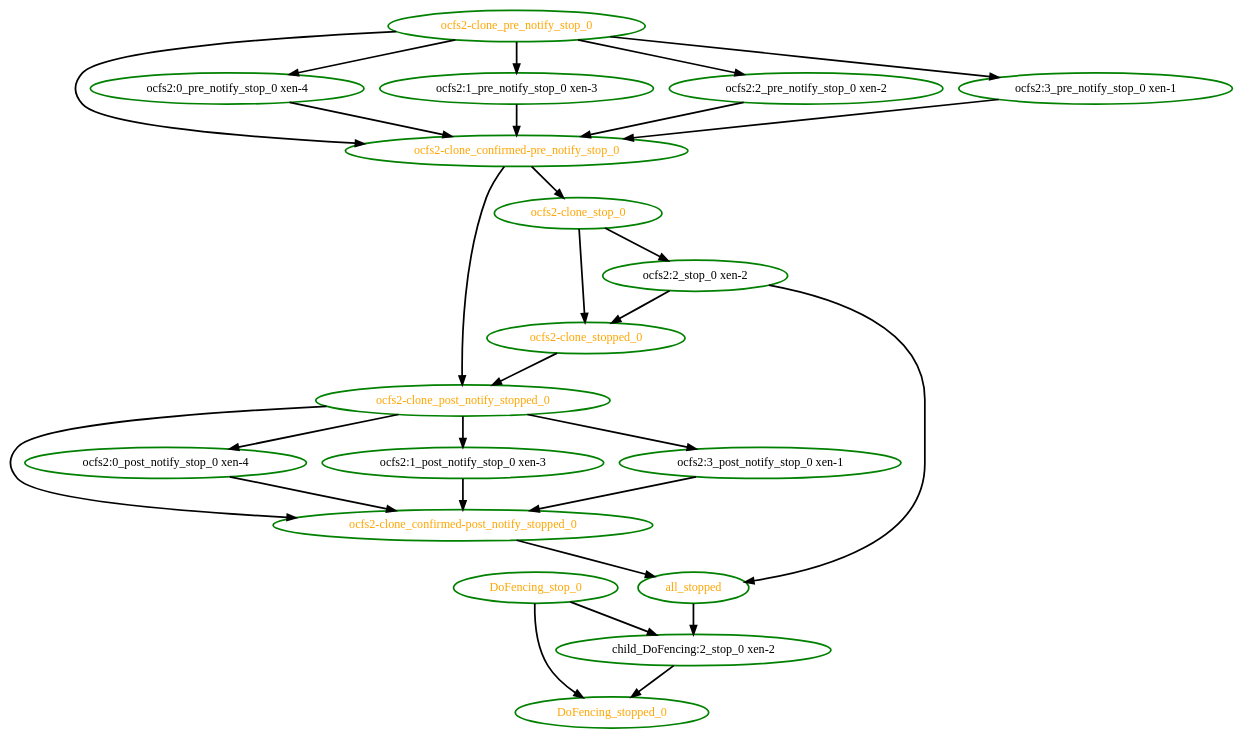
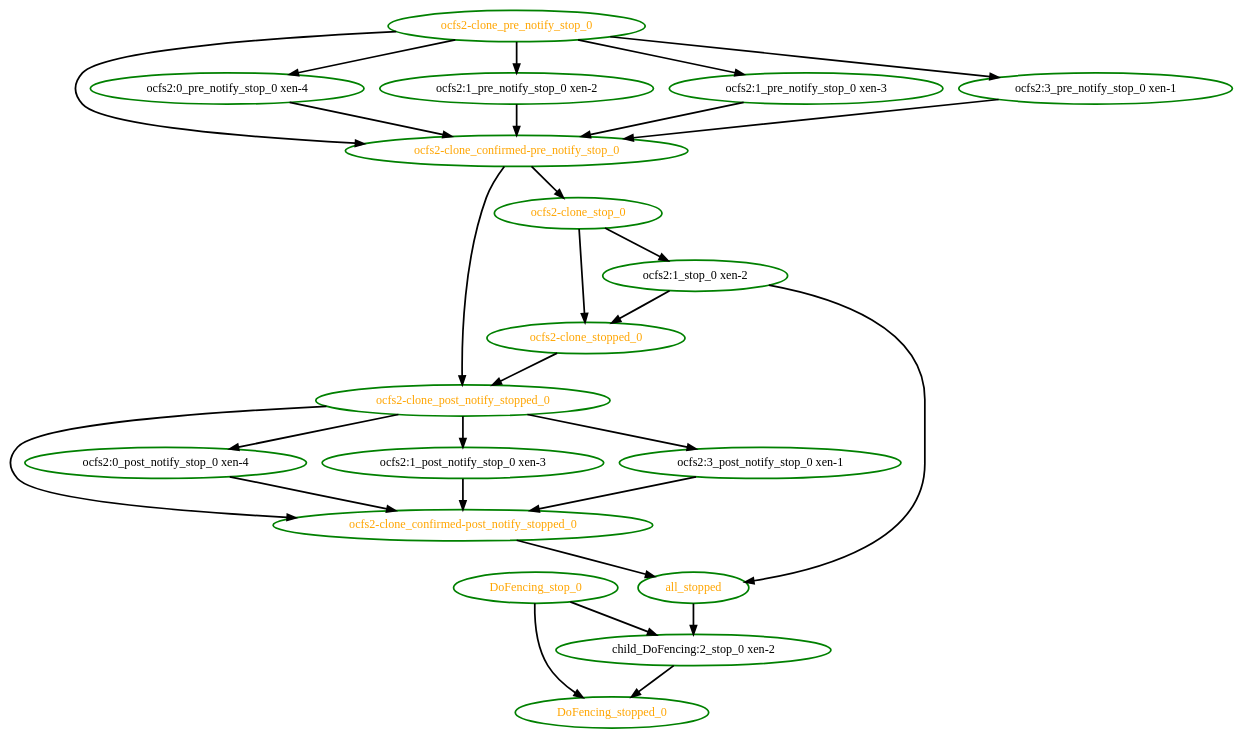
The diagram in pengine/test10/inc10.dot (ClusterLabs/pacemaker), drawn with Graphviz before and after one commit. The commit also changed 12 other files, not shown here.

First line of the commit message:
Low: PE: Create the dot graphs based on the resource names from the status section

```diff
--- a/pengine/test10/inc10.dot
+++ b/pengine/test10/inc10.dot
@@ -1,48 +1,48 @@
  digraph "g" {
 "DoFencing_stop_0" -> "DoFencing_stopped_0" [ style = bold]
 "DoFencing_stop_0" -> "child_DoFencing:2_stop_0 xen-2" [ style = bold]
 "DoFencing_stop_0" [ style=bold color="green" fontcolor="orange" ]
 "DoFencing_stopped_0" [ style=bold color="green" fontcolor="orange" ]
 "all_stopped" -> "child_DoFencing:2_stop_0 xen-2" [ style = bold]
 "all_stopped" [ style=bold color="green" fontcolor="orange" ]
 "child_DoFencing:2_stop_0 xen-2" -> "DoFencing_stopped_0" [ style = bold]
 "child_DoFencing:2_stop_0 xen-2" [ style=bold color="green" fontcolor="black" ]
 "ocfs2-clone_confirmed-post_notify_stopped_0" -> "all_stopped" [ style = bold]
 "ocfs2-clone_confirmed-post_notify_stopped_0" [ style=bold color="green" fontcolor="orange" ]
 "ocfs2-clone_confirmed-pre_notify_stop_0" -> "ocfs2-clone_post_notify_stopped_0" [ style = bold]
 "ocfs2-clone_confirmed-pre_notify_stop_0" -> "ocfs2-clone_stop_0" [ style = bold]
 "ocfs2-clone_confirmed-pre_notify_stop_0" [ style=bold color="green" fontcolor="orange" ]
 "ocfs2-clone_post_notify_stopped_0" -> "ocfs2-clone_confirmed-post_notify_stopped_0" [ style = bold]
 "ocfs2-clone_post_notify_stopped_0" -> "ocfs2:0_post_notify_stop_0 xen-4" [ style = bold]
 "ocfs2-clone_post_notify_stopped_0" -> "ocfs2:1_post_notify_stop_0 xen-3" [ style = bold]
 "ocfs2-clone_post_notify_stopped_0" -> "ocfs2:3_post_notify_stop_0 xen-1" [ style = bold]
 "ocfs2-clone_post_notify_stopped_0" [ style=bold color="green" fontcolor="orange" ]
 "ocfs2-clone_pre_notify_stop_0" -> "ocfs2-clone_confirmed-pre_notify_stop_0" [ style = bold]
 "ocfs2-clone_pre_notify_stop_0" -> "ocfs2:0_pre_notify_stop_0 xen-4" [ style = bold]
+"ocfs2-clone_pre_notify_stop_0" -> "ocfs2:1_pre_notify_stop_0 xen-2" [ style = bold]
 "ocfs2-clone_pre_notify_stop_0" -> "ocfs2:1_pre_notify_stop_0 xen-3" [ style = bold]
-"ocfs2-clone_pre_notify_stop_0" -> "ocfs2:2_pre_notify_stop_0 xen-2" [ style = bold]
 "ocfs2-clone_pre_notify_stop_0" -> "ocfs2:3_pre_notify_stop_0 xen-1" [ style = bold]
 "ocfs2-clone_pre_notify_stop_0" [ style=bold color="green" fontcolor="orange" ]
 "ocfs2-clone_stop_0" -> "ocfs2-clone_stopped_0" [ style = bold]
-"ocfs2-clone_stop_0" -> "ocfs2:2_stop_0 xen-2" [ style = bold]
+"ocfs2-clone_stop_0" -> "ocfs2:1_stop_0 xen-2" [ style = bold]
 "ocfs2-clone_stop_0" [ style=bold color="green" fontcolor="orange" ]
 "ocfs2-clone_stopped_0" -> "ocfs2-clone_post_notify_stopped_0" [ style = bold]
 "ocfs2-clone_stopped_0" [ style=bold color="green" fontcolor="orange" ]
 "ocfs2:0_post_notify_stop_0 xen-4" -> "ocfs2-clone_confirmed-post_notify_stopped_0" [ style = bold]
 "ocfs2:0_post_notify_stop_0 xen-4" [ style=bold color="green" fontcolor="black" ]
 "ocfs2:0_pre_notify_stop_0 xen-4" -> "ocfs2-clone_confirmed-pre_notify_stop_0" [ style = bold]
 "ocfs2:0_pre_notify_stop_0 xen-4" [ style=bold color="green" fontcolor="black" ]
 "ocfs2:1_post_notify_stop_0 xen-3" -> "ocfs2-clone_confirmed-post_notify_stopped_0" [ style = bold]
 "ocfs2:1_post_notify_stop_0 xen-3" [ style=bold color="green" fontcolor="black" ]
+"ocfs2:1_pre_notify_stop_0 xen-2" -> "ocfs2-clone_confirmed-pre_notify_stop_0" [ style = bold]
+"ocfs2:1_pre_notify_stop_0 xen-2" [ style=bold color="green" fontcolor="black"]
 "ocfs2:1_pre_notify_stop_0 xen-3" -> "ocfs2-clone_confirmed-pre_notify_stop_0" [ style = bold]
 "ocfs2:1_pre_notify_stop_0 xen-3" [ style=bold color="green" fontcolor="black" ]
-"ocfs2:2_pre_notify_stop_0 xen-2" -> "ocfs2-clone_confirmed-pre_notify_stop_0" [ style = bold]
-"ocfs2:2_pre_notify_stop_0 xen-2" [ style=bold color="green" fontcolor="black" ]
-"ocfs2:2_stop_0 xen-2" -> "all_stopped" [ style = bold]
-"ocfs2:2_stop_0 xen-2" -> "ocfs2-clone_stopped_0" [ style = bold]
-"ocfs2:2_stop_0 xen-2" [ style=bold color="green" fontcolor="black" ]
+"ocfs2:1_stop_0 xen-2" -> "all_stopped" [ style = bold]
+"ocfs2:1_stop_0 xen-2" -> "ocfs2-clone_stopped_0" [ style = bold]
+"ocfs2:1_stop_0 xen-2" [ style=bold color="green" fontcolor="black"]
 "ocfs2:3_post_notify_stop_0 xen-1" -> "ocfs2-clone_confirmed-post_notify_stopped_0" [ style = bold]
 "ocfs2:3_post_notify_stop_0 xen-1" [ style=bold color="green" fontcolor="black" ]
 "ocfs2:3_pre_notify_stop_0 xen-1" -> "ocfs2-clone_confirmed-pre_notify_stop_0" [ style = bold]
 "ocfs2:3_pre_notify_stop_0 xen-1" [ style=bold color="green" fontcolor="black" ]
 }
```
